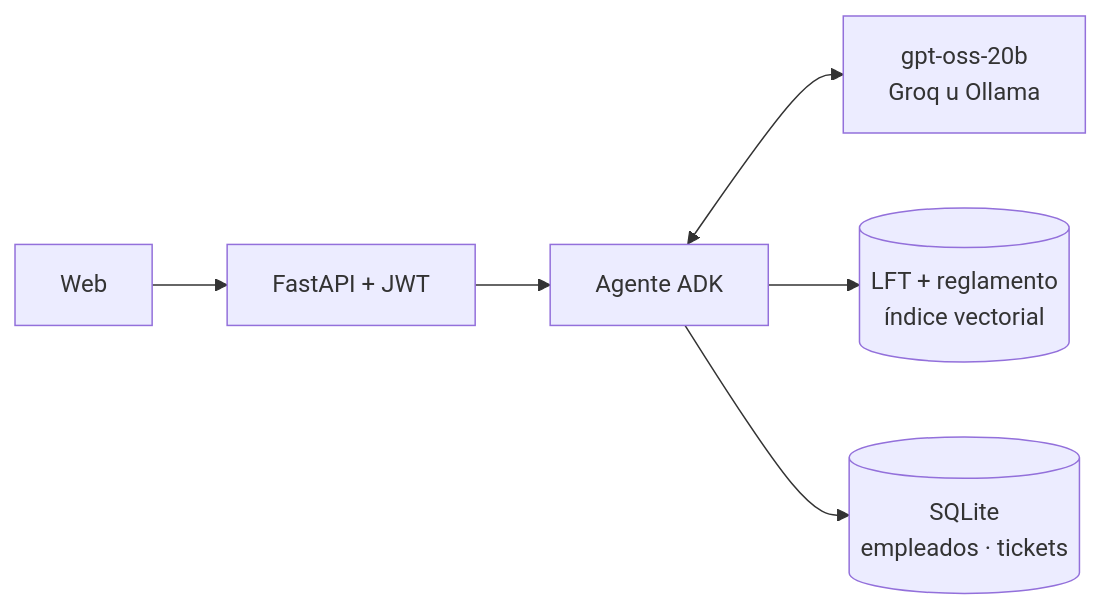
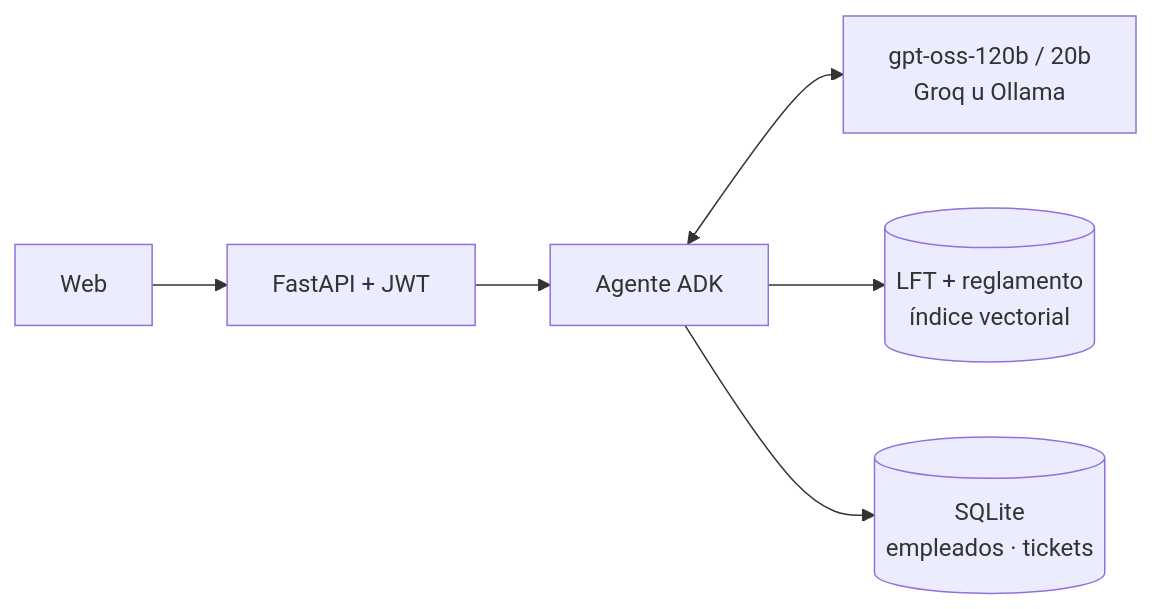
Before and after one commit to Chacooo19/agente-rrhh: the diagram in README.md, drawn with Mermaid. The commit also changed other lines of this file and 3 other files, not shown here.

````diff
--- a/README.md
+++ b/README.md
@@ -50,6 +50,6 @@
 ```mermaid
 flowchart LR
-    UI[Web] --> API[FastAPI + JWT] --> AG[Agente ADK] <--> LLM[gpt-oss-20b<br/>Groq u Ollama]
+    UI[Web] --> API[FastAPI + JWT] --> AG[Agente ADK] <--> LLM[gpt-oss-120b / 20b<br/>Groq u Ollama]
     AG --> RAG[(LFT + reglamento<br/>índice vectorial)]
     AG --> DB[(SQLite<br/>empleados · tickets)]
 ```
````
